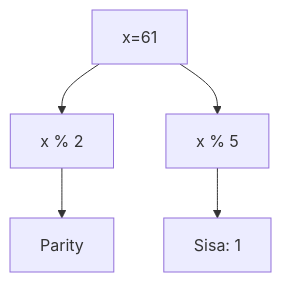
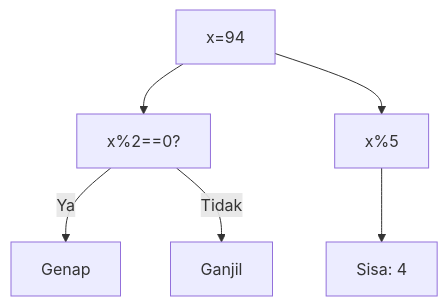
Before and after one commit to amnahwaida/OSNK_INF_PREP: the seventh of 25 diagrams in part-c-pemahaman-cpp/03-perulangan/latihan/set-10.md, drawn with Mermaid. The commit also changed other lines of this file and 71 other files, not shown here.

Commit message:
Fixed Mermaid syntax lexical errors with quoted labels in 1,800 questions

````diff
--- a/part-c-pemahaman-cpp/03-perulangan/latihan/set-10.md
+++ b/part-c-pemahaman-cpp/03-perulangan/latihan/set-10.md
@@ -329,7 +209,8 @@
 ```mermaid
 graph TD
-A[x=61] --> B[x % 2]
-B --> C[Parity]
-A --> D[x % 5]
-D --> E[Sisa: 1]
+A["x=94"] --> B["x%2==0?"]
+B -- Ya --> C["Genap"]
+B -- Tidak --> D["Ganjil"]
+A --> E["x%5"]
+E --> F["Sisa: 4"]
 ```
````
